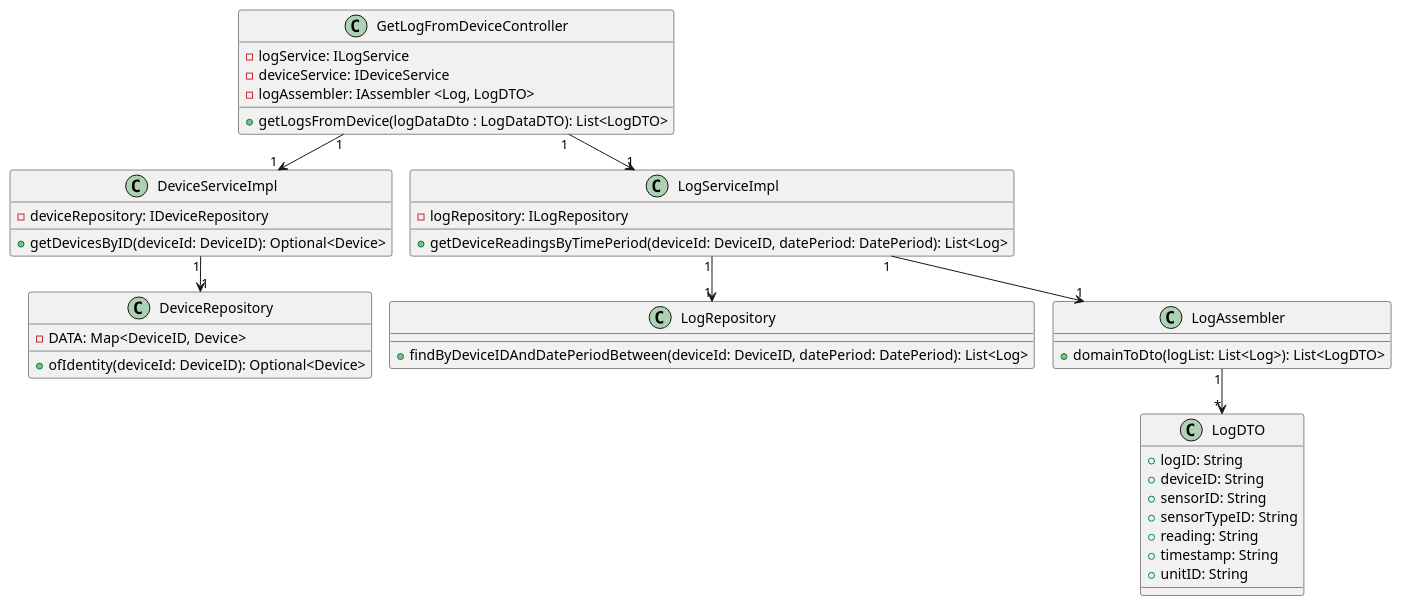
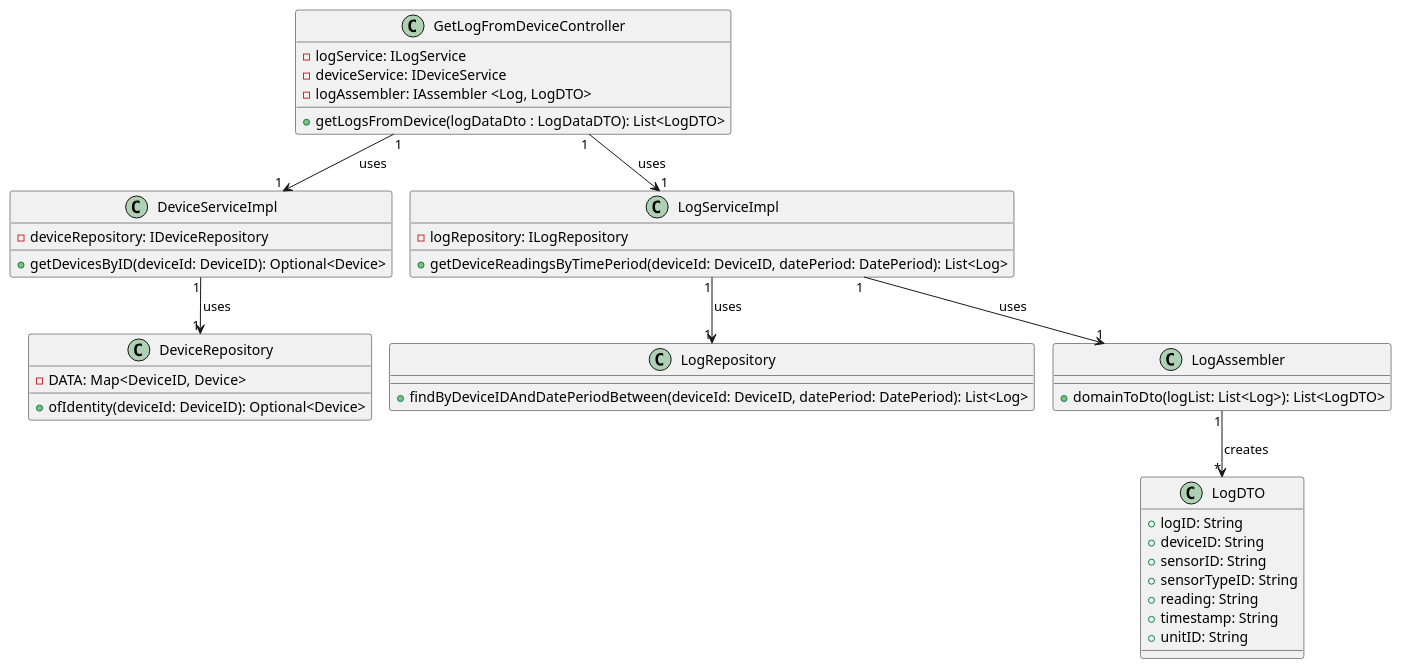
The diagram in docs/useCases/uc11_toGetLogFromDevice/artifacts/uc11_CD.puml (olivDiogo/SmartHome), drawn with PlantUML before and after one commit.

Commit message:
fix: uc11 class diagram
addresses #385

```diff
--- a/docs/useCases/uc11_toGetLogFromDevice/artifacts/uc11_CD.puml
+++ b/docs/useCases/uc11_toGetLogFromDevice/artifacts/uc11_CD.puml
@@ -1,61 +1,61 @@
 @startuml
 !pragma layout smetana
 
 class GetLogFromDeviceController {
 
  - logService: ILogService
  - deviceService: IDeviceService
  - logAssembler: IAssembler <Log, LogDTO>
 
  '+ GetLogFromDeviceController(logService: ILogService, deviceService: IDeviceService, logAssembler: IAssembler <Log, LogDTO>, roomService: IRoomService, roomAssembler: IAssembler <Room, RoomDTO>, deviceAssembler: IAssembler <Device, DeviceDTO>)
  + getLogsFromDevice(logDataDto : LogDataDTO): List<LogDTO>
 }
 
 
 class DeviceServiceImpl {
 - deviceRepository: IDeviceRepository
 
 '+DeviceServiceImpl(deviceRepository: IDeviceRepository, deviceFactory: IDeviceFactory, roomRepository: IRoomRepository)
 +getDevicesByID(deviceId: DeviceID): Optional<Device>
 }
 
 class DeviceRepository {
 - DATA: Map<DeviceID, Device>
 
 + ofIdentity(deviceId: DeviceID): Optional<Device>
 }
 
 class LogServiceImpl {
 - logRepository: ILogRepository
 '+ LogServiceImpl(logRepository: ILogRepository)
 + getDeviceReadingsByTimePeriod(deviceId: DeviceID, datePeriod: DatePeriod): List<Log>
 }
 
 class LogRepository {
 
 + findByDeviceIDAndDatePeriodBetween(deviceId: DeviceID, datePeriod: DatePeriod): List<Log>
 }
 
 class LogAssembler {
 + domainToDto(logList: List<Log>): List<LogDTO>
 }
 
 class LogDTO {
 + logID: String
 + deviceID: String
 + sensorID: String
 + sensorTypeID: String
 + reading: String
 + timestamp: String
 + unitID: String
 }
 
 
-GetLogFromDeviceController "1" -down-> "1" LogServiceImpl
-GetLogFromDeviceController "1" -down-> "1" DeviceServiceImpl
-LogServiceImpl "1" -down-> "1" LogRepository
-DeviceServiceImpl "1" -down-> "1" DeviceRepository
-LogServiceImpl "1" -down-> "1" LogAssembler
-LogAssembler "1" -down-> "*" LogDTO
+GetLogFromDeviceController "1" -down-> "1" LogServiceImpl : uses
+GetLogFromDeviceController "1" -down-> "1" DeviceServiceImpl : uses
+LogServiceImpl "1" -down-> "1" LogRepository : uses
+DeviceServiceImpl "1" -down-> "1" DeviceRepository : uses
+LogServiceImpl "1" -down-> "1" LogAssembler : uses
+LogAssembler "1" -down-> "*" LogDTO : creates
 
 @enduml
```
